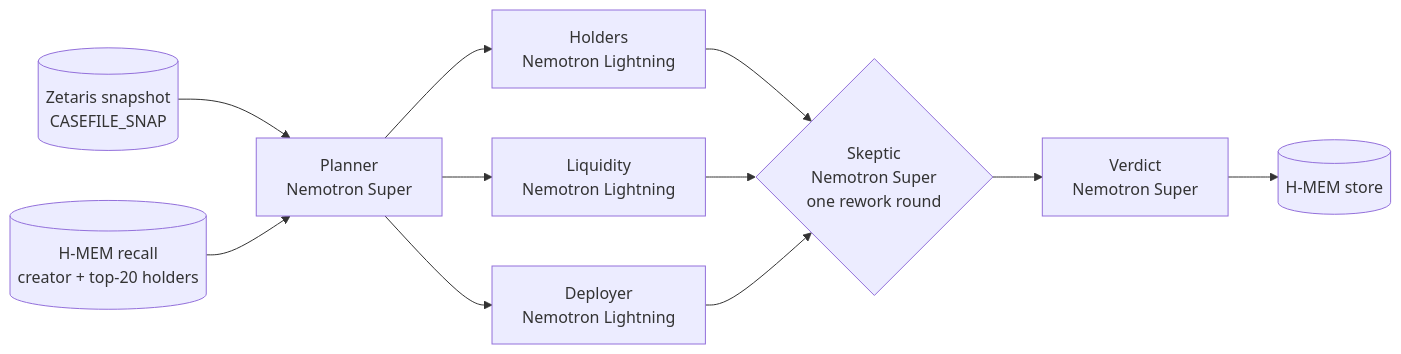
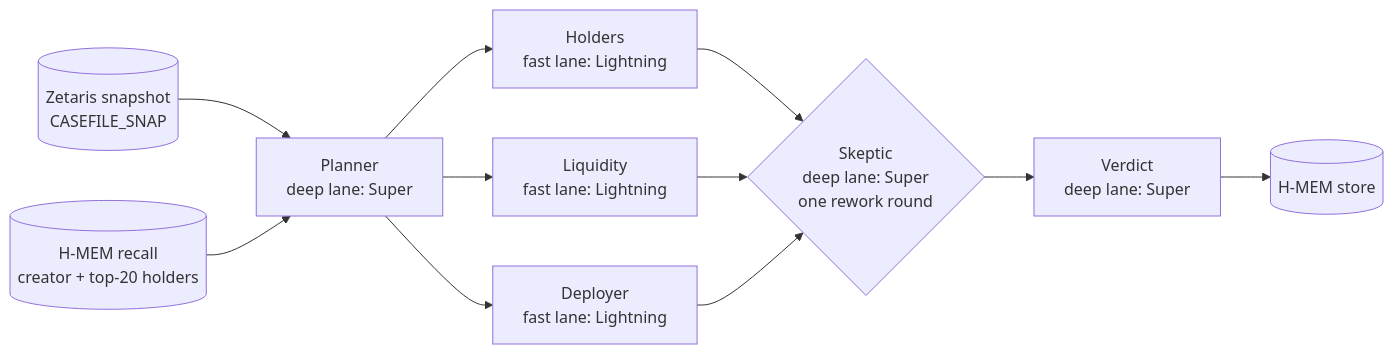
The diagram in README.md (shrooms08/casefile), drawn with Mermaid before and after one commit. The commit also changed other lines of this file and 2 other files, not shown here.

Commit message:
docs: pre-submission audit fixes

````diff
--- a/README.md
+++ b/README.md
@@ -25,13 +25,13 @@
 ```mermaid
 flowchart LR
-  Z[("Zetaris snapshot<br/>CASEFILE_SNAP")] --> P["Planner<br/>Nemotron Super"]
+  Z[("Zetaris snapshot<br/>CASEFILE_SNAP")] --> P["Planner<br/>deep lane: Super"]
   R[("H-MEM recall<br/>creator + top-20 holders")] --> P
-  P --> H["Holders<br/>Nemotron Lightning"]
-  P --> L["Liquidity<br/>Nemotron Lightning"]
-  P --> D["Deployer<br/>Nemotron Lightning"]
-  H --> S{"Skeptic<br/>Nemotron Super<br/>one rework round"}
+  P --> H["Holders<br/>fast lane: Lightning"]
+  P --> L["Liquidity<br/>fast lane: Lightning"]
+  P --> D["Deployer<br/>fast lane: Lightning"]
+  H --> S{"Skeptic<br/>deep lane: Super<br/>one rework round"}
   L --> S
   D --> S
-  S --> V["Verdict<br/>Nemotron Super"]
+  S --> V["Verdict<br/>deep lane: Super"]
   V --> W[("H-MEM store")]
 ```
````
